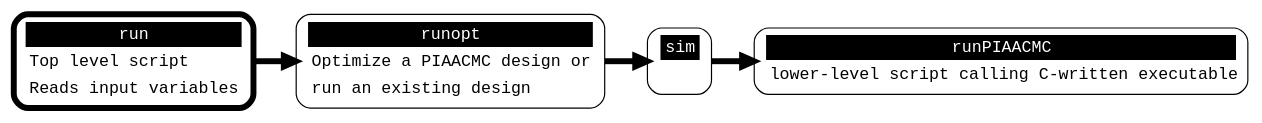
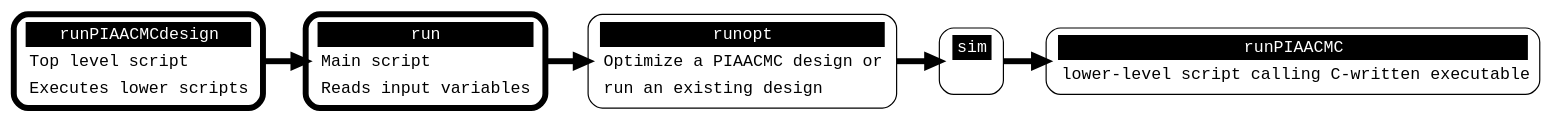
The diagram in src/PIAACMCsimul/doc/figures/scripts_flow.dot (oguyon/Cfits), drawn with Graphviz before and after one commit. The commit also changed 20 other files, not shown here.

```diff
--- a/src/PIAACMCsimul/doc/figures/scripts_flow.dot
+++ b/src/PIAACMCsimul/doc/figures/scripts_flow.dot
@@ -1,33 +1,40 @@
 
 digraph scripts_flow {
   graph [fontsize=30 labelloc="t" label="" splines=true overlap=false rankdir = "LR"];
   ratio = auto;
   
+  "runPIAACMCdesign" [ style = "filled, bold" penwidth = 5 fillcolor = "white" fontname = "Courier New" shape = "Mrecord" 
+  label =<<table border="0" cellborder="0" cellpadding="3" bgcolor="white"><tr><td bgcolor="black" align="center" colspan="2"><font color="white">runPIAACMCdesign</font></td></tr>
+  <tr><td align="left">Top level script</td></tr>
+  <tr><td align="left">Executes lower scripts</td></tr>
+  </table>> ];
+
   "run" [ style = "filled, bold" penwidth = 5 fillcolor = "white" fontname = "Courier New" shape = "Mrecord" 
   label =<<table border="0" cellborder="0" cellpadding="3" bgcolor="white"><tr><td bgcolor="black" align="center" colspan="2"><font color="white">run</font></td></tr>
-  <tr><td align="left">Top level script</td></tr>
+  <tr><td align="left">Main script</td></tr>
   <tr><td align="left">Reads input variables</td></tr>
   </table>> ];
   
   "runopt" [ style = "filled" penwidth = 1 fillcolor = "white" fontname = "Courier New" shape = "Mrecord" 
   label =<<table border="0" cellborder="0" cellpadding="3" bgcolor="white"><tr><td bgcolor="black" align="center" colspan="2"><font color="white">runopt</font></td></tr>
   <tr><td align="left">Optimize a PIAACMC design or</td></tr>
   <tr><td align="left"> run an existing design</td></tr>
   </table>> ];
 
   "sim" [ style = "filled" penwidth = 1 fillcolor = "white" fontname = "Courier New" shape = "Mrecord" 
   label =<<table border="0" cellborder="0" cellpadding="3" bgcolor="white"><tr><td bgcolor="black" align="center" colspan="2"><font color="white">sim</font></td></tr>
   <tr><td align="left"> </td></tr>
   </table>> ];
 
   "runPIAACMC" [ style = "filled" penwidth = 1 fillcolor = "white" fontname = "Courier New" shape = "Mrecord" 
   label =<<table border="0" cellborder="0" cellpadding="3" bgcolor="white"><tr><td bgcolor="black" align="center" colspan="2"><font color="white">runPIAACMC</font></td></tr>
   <tr><td align="left">lower-level script calling C-written executable</td></tr>
   </table>> ];
 
 
   
+  runPIAACMCdesign-> run [ penwidth = 5 fontsize = 28 fontcolor = "black" label = "" ];
   run-> runopt [ penwidth = 5 fontsize = 28 fontcolor = "black" label = "" ];
   runopt -> sim [ penwidth = 5 fontsize = 28 fontcolor = "black" label = "" ];
   sim -> runPIAACMC [ penwidth = 5 fontsize = 28 fontcolor = "black" label = "" ];
 }
```
